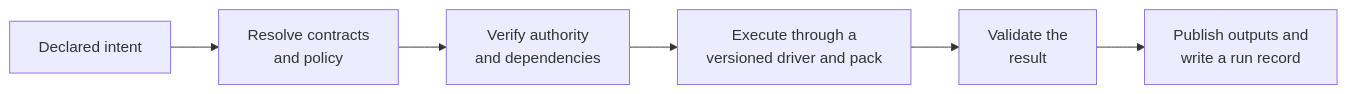
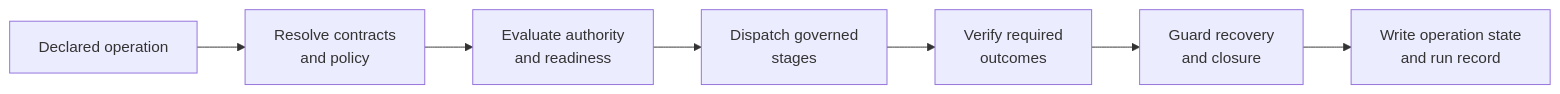
One commit to hybridops-tech/hybridops-core changed the diagram in README.md. Above: the diagram before and after it, drawn with Mermaid. The commit also changed other lines of this file, not shown here.

````diff
--- a/README.md
+++ b/README.md
@@ -26,8 +26,9 @@
 ```mermaid
 flowchart LR
-    intent["Declared intent"] --> resolve["Resolve contracts<br/>and policy"]
-    resolve --> preflight["Verify authority<br/>and dependencies"]
-    preflight --> execute["Execute through a<br/>versioned driver and pack"]
-    execute --> verify["Validate the<br/>result"]
-    verify --> record["Publish outputs and<br/>write a run record"]
+    intent["Declared operation"] --> resolve["Resolve contracts<br/>and policy"]
+    resolve --> ready["Evaluate authority<br/>and readiness"]
+    ready --> dispatch["Dispatch governed<br/>stages"]
+    dispatch --> verify["Verify required<br/>outcomes"]
+    verify --> close["Guard recovery<br/>and closure"]
+    close --> record["Write operation state<br/>and run record"]
 ```
````
